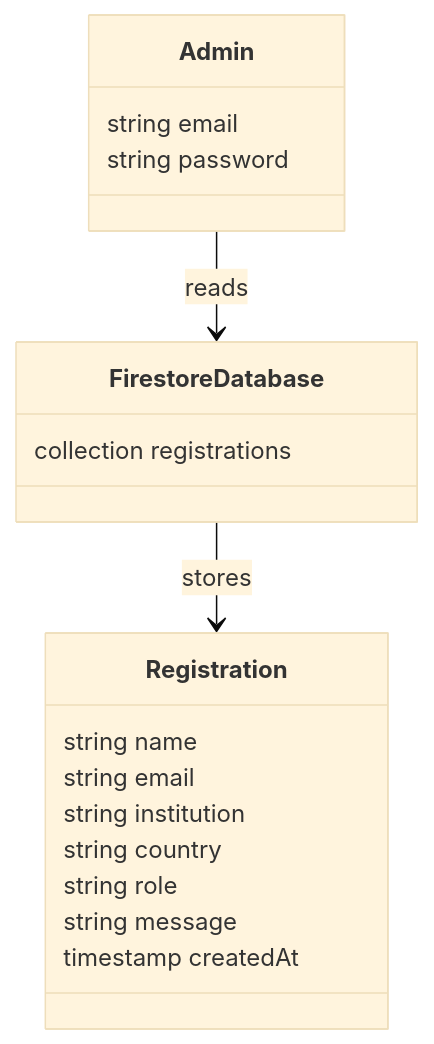
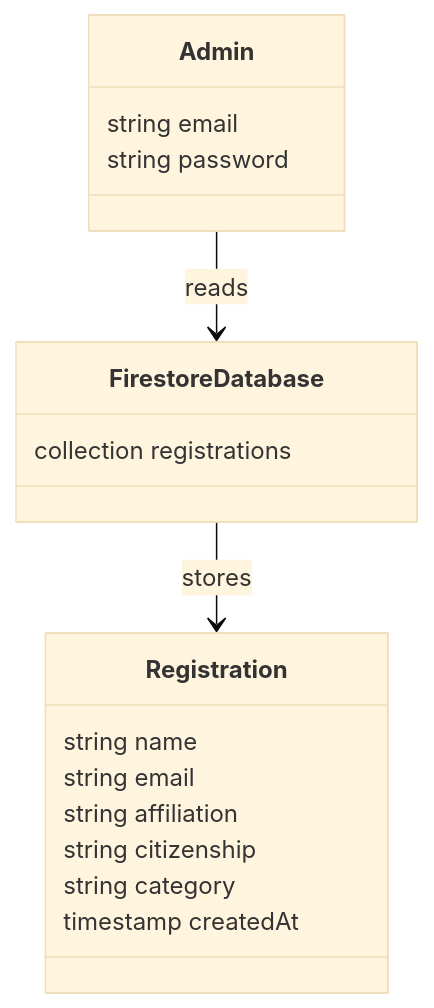
Before and after one commit to AmanChourasia7/conference-registration: the diagram in docs/database-design.md, drawn with Mermaid (base theme). The commit also changed other lines of this file, not shown here.

````diff
--- a/docs/database-design.md
+++ b/docs/database-design.md
@@ -33,25 +33,24 @@
 ```mermaid
 classDiagram
 
 class Registration {
   string name
   string email
-  string institution
-  string country
-  string role
-  string message
+  string affiliation
+  string citizenship
+  string category
   timestamp createdAt
 }
 
 class Admin {
   string email
   string password
 }
 
 class FirestoreDatabase {
   collection registrations
 }
 
 FirestoreDatabase --> Registration : stores
 Admin --> FirestoreDatabase : reads
 ```
````
